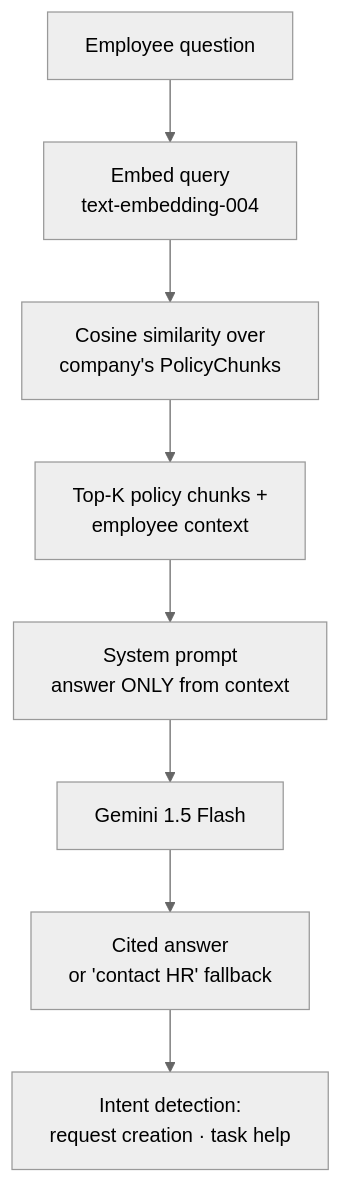
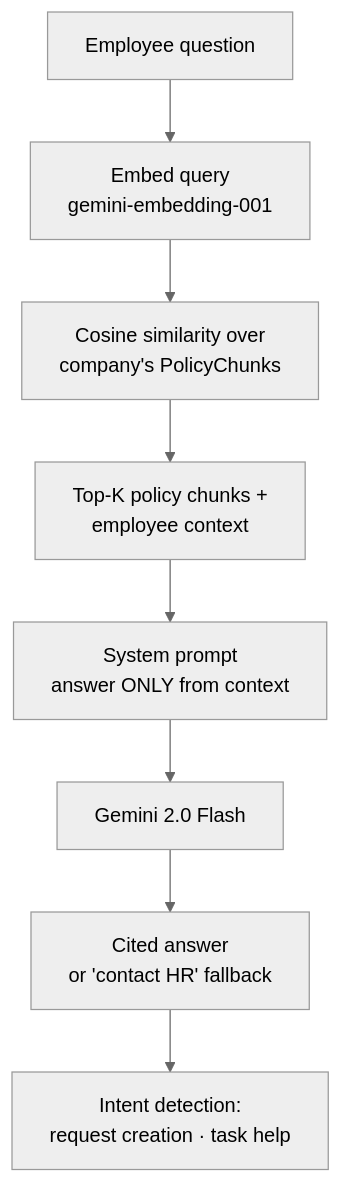
The fourth of 5 diagrams in README.md (harshimysarla/OnboardAI), drawn with Mermaid (neutral theme) before and after one commit. The commit also changed other lines of this file, not shown here.

````diff
--- a/README.md
+++ b/README.md
@@ -135,10 +135,10 @@
 ```mermaid
 flowchart TD
-    Q[Employee question] --> EMB[Embed query<br/>text-embedding-004]
+    Q[Employee question] --> EMB[Embed query<br/>gemini-embedding-001]
     EMB --> VS[Cosine similarity over<br/>company's PolicyChunks]
     VS --> CTX[Top-K policy chunks +<br/>employee context]
     CTX --> PROMPT[System prompt<br/>answer ONLY from context]
-    PROMPT --> GEM[Gemini 1.5 Flash]
+    PROMPT --> GEM[Gemini 2.0 Flash]
     GEM --> R[Cited answer<br/>or 'contact HR' fallback]
     R --> AIC[Intent detection:<br/>request creation · task help]
 ```
````
